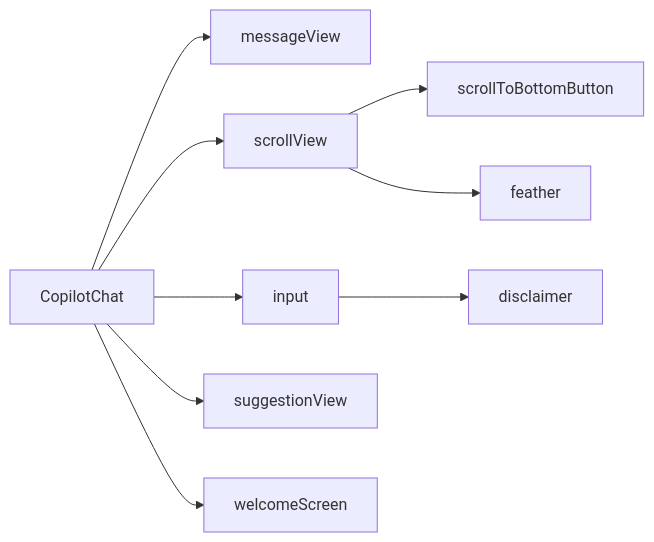
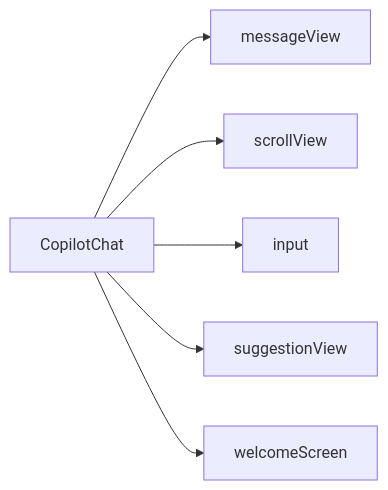
One commit to CopilotKit/CopilotKit changed the diagram in src/v2.x/apps/docs/reference/copilot-chat.mdx. Above: the diagram before and after it, drawn with Mermaid. The commit also changed other lines of this file and 14 other files, not shown here.

````diff
--- a/src/v2.x/apps/docs/reference/copilot-chat.mdx
+++ b/src/v2.x/apps/docs/reference/copilot-chat.mdx
@@ -25,11 +25,8 @@
 ```mermaid
 graph LR
     CC[CopilotChat] --> messageView
     CC --> scrollView
     CC --> input
     CC --> suggestionView
     CC --> welcomeScreen
-    scrollView --> scrollToBottomButton
-    scrollView --> feather
-    input --> disclaimer
 ```
````
